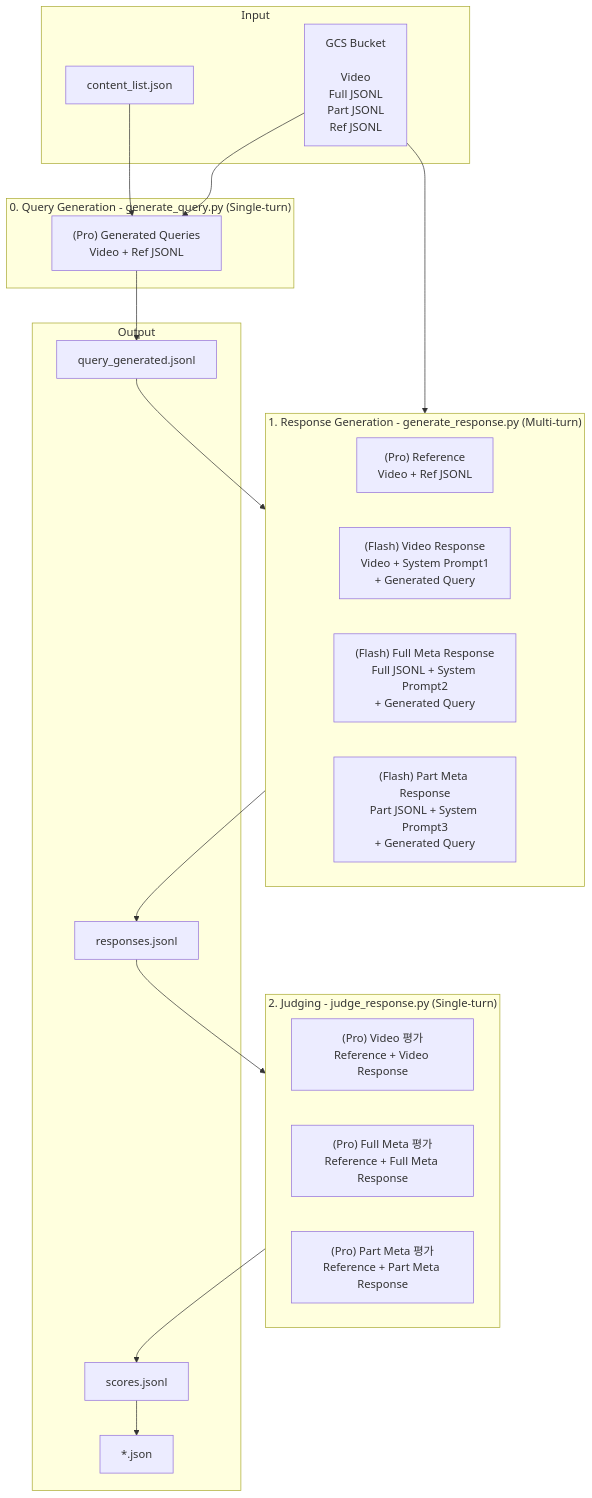
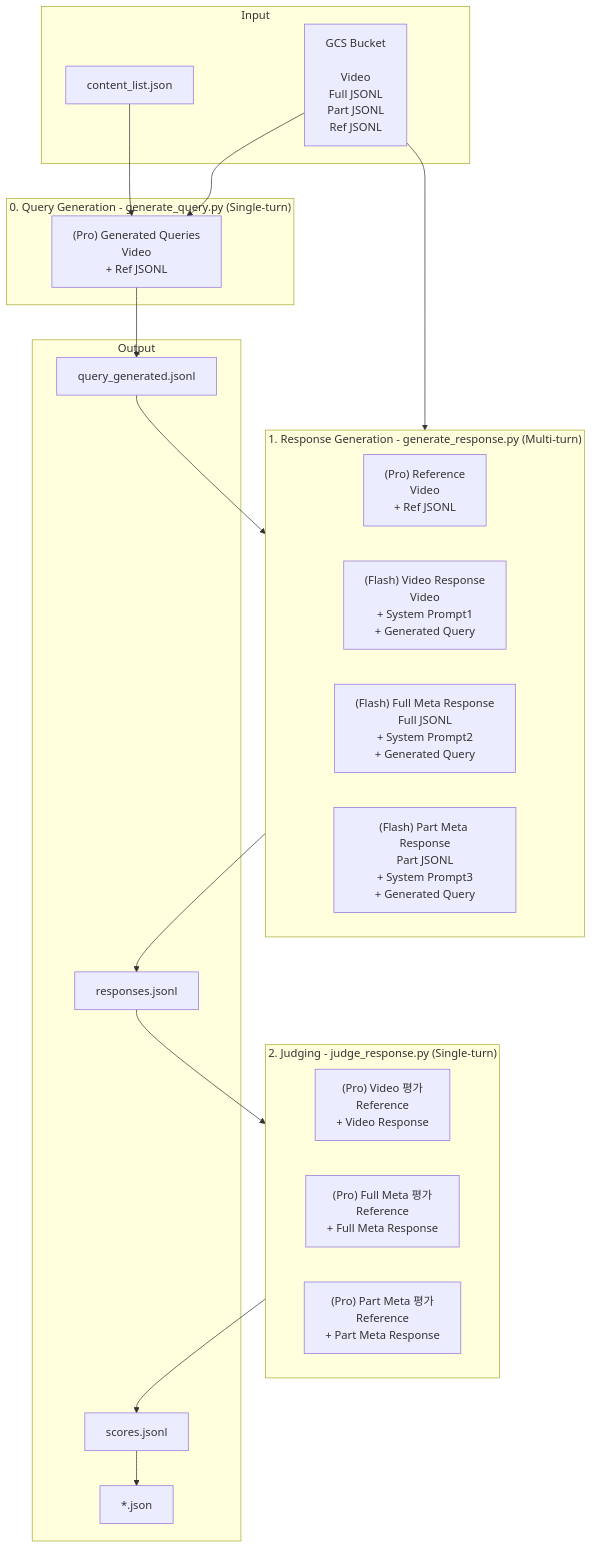
Before and after one commit to obeychoi0120/LLMJudge: the diagram in README.md, drawn with Mermaid.

````diff
--- a/README.md
+++ b/README.md
@@ -13,43 +13,43 @@
 ```mermaid
 flowchart TB
     subgraph INPUT["Input"]
         CL["content_list.json"]
         GCS["GCS Bucket\n\nVideo\nFull JSONL\nPart JSONL\nRef JSONL"]
     end
 
     subgraph STAGE0["0. Query Generation - generate_query.py (Single-turn)"]
-        QG["(Pro) Generated Queries\nVideo + Ref JSONL"]
+        QG["(Pro) Generated Queries\nVideo\n+ Ref JSONL"]
     end
 
     subgraph STAGE1["1. Response Generation - generate_response.py (Multi-turn)"]
         direction LR
-        REF["(Pro) Reference\nVideo + Ref JSONL"]
-        MODE_V["(Flash) Video Response \nVideo + System Prompt1\n+ Generated Query"]
-        MODE_F["(Flash) Full Meta Response\nFull JSONL + System Prompt2\n+ Generated Query"]
-        MODE_P["(Flash) Part Meta Response\nPart JSONL + System Prompt3\n+ Generated Query"]
+        REF["(Pro) Reference\nVideo\n+ Ref JSONL"]
+        MODE_V["(Flash) Video Response \nVideo\n+ System Prompt1\n+ Generated Query"]
+        MODE_F["(Flash) Full Meta Response\nFull JSONL\n+ System Prompt2\n+ Generated Query"]
+        MODE_P["(Flash) Part Meta Response\nPart JSONL\n+ System Prompt3\n+ Generated Query"]
     end 
 
     subgraph STAGE2["2. Judging - judge_response.py (Single-turn)"]
         direction LR
-        J_V["(Pro) Video 평가\nReference + Video Response"]
-        J_F["(Pro) Full Meta 평가\nReference + Full Meta Response"]
-        J_P["(Pro) Part Meta 평가\nReference + Part Meta Response"]   
+        J_V["(Pro) Video 평가\nReference\n+ Video Response"]
+        J_F["(Pro) Full Meta 평가\nReference\n+ Full Meta Response"]
+        J_P["(Pro) Part Meta 평가\nReference\n+ Part Meta Response"]   
     end
 
     subgraph OUTPUT["Output"]
         QGO["query_generated.jsonl"]
         RSP["responses.jsonl"]
         SCR["scores.jsonl"]
         JSON["*.json"]
     end
 
     CL --> QG
     GCS --> QG
     QG --> QGO
     QGO --> STAGE1
     GCS --> STAGE1
     STAGE1 --> RSP
     RSP --> STAGE2
     STAGE2 --> SCR
     SCR --> JSON
 ```
````
